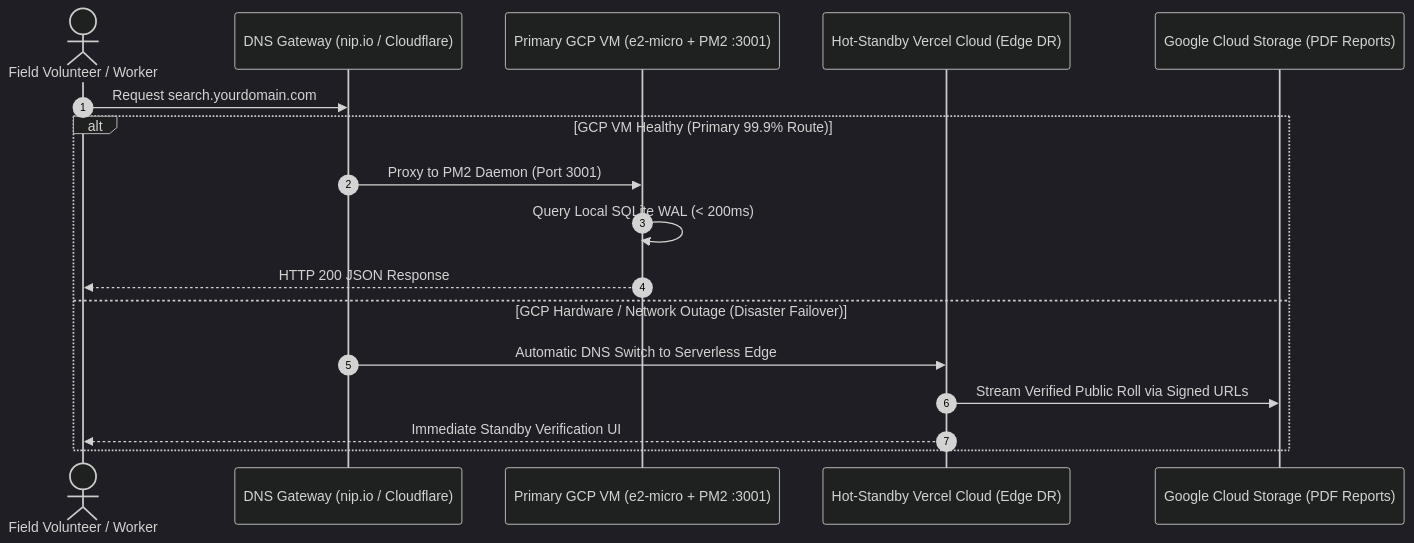
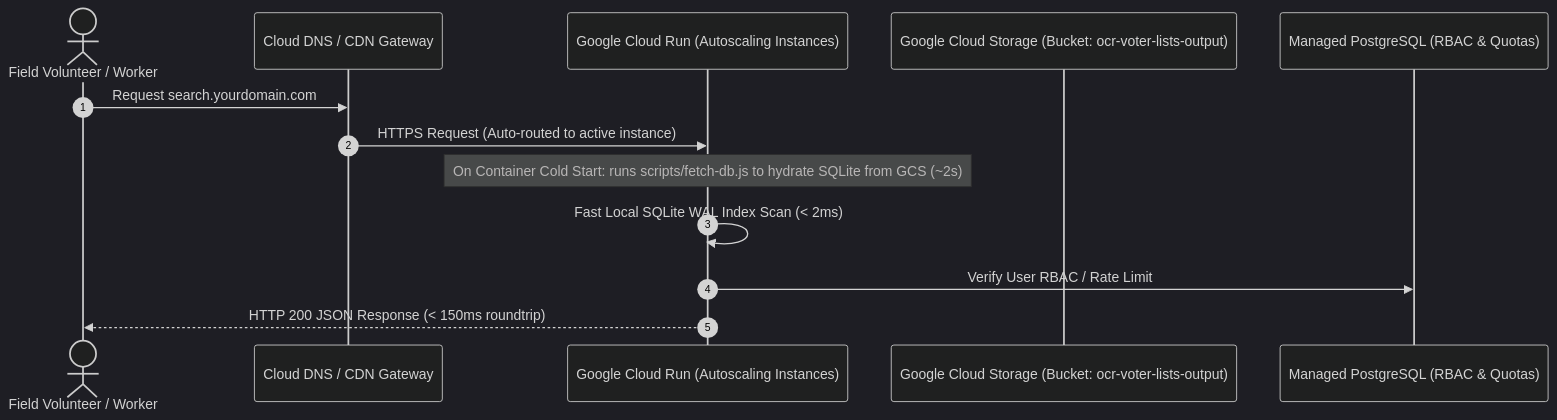
The fifth of 5 diagrams in docs/ARCHITECTURE.md (Shagarwal07/Voter_scrap), drawn with Mermaid (dark theme) before and after one commit. The commit also changed other lines of this file and 3 other files, not shown here.

Commit message:
docs: standardize baseline VM to e2-small and embed verified GCP cloud invoice

````diff
--- a/docs/ARCHITECTURE.md
+++ b/docs/ARCHITECTURE.md
@@ -155,20 +155,16 @@
 ```mermaid
 sequenceDiagram
     autonumber
     actor Volunteer as Field Volunteer / Worker
-    participant DNS as DNS Gateway (nip.io / Cloudflare)
-    participant Primary as Primary GCP VM (e2-micro + PM2 :3001)
-    participant Standby as Hot-Standby Vercel Cloud (Edge DR)
-    participant Storage as Google Cloud Storage (PDF Reports)
+    participant DNS as Cloud DNS / CDN Gateway
+    participant CloudRun as Google Cloud Run (Autoscaling Instances)
+    participant GCS as Google Cloud Storage (Bucket: ocr-voter-lists-output)
+    participant Postgres as Managed PostgreSQL (RBAC & Quotas)
 
     Volunteer->>DNS: Request search.yourdomain.com
-    alt GCP VM Healthy (Primary 99.9% Route)
-        DNS->>Primary: Proxy to PM2 Daemon (Port 3001)
-        Primary->>Primary: Query Local SQLite WAL (< 200ms)
-        Primary-->>Volunteer: HTTP 200 JSON Response
-    else GCP Hardware / Network Outage (Disaster Failover)
-        DNS->>Standby: Automatic DNS Switch to Serverless Edge
-        Standby->>Storage: Stream Verified Public Roll via Signed URLs
-        Standby-->>Volunteer: Immediate Standby Verification UI
-    end
+    DNS->>CloudRun: HTTPS Request (Auto-routed to active instance)
+    Note over CloudRun: On Container Cold Start: runs scripts/fetch-db.js to hydrate SQLite from GCS (~2s)
+    CloudRun->>CloudRun: Fast Local SQLite WAL Index Scan (< 2ms)
+    CloudRun->>Postgres: Verify User RBAC / Rate Limit
+    CloudRun-->>Volunteer: HTTP 200 JSON Response (< 150ms roundtrip)
 ```
````
